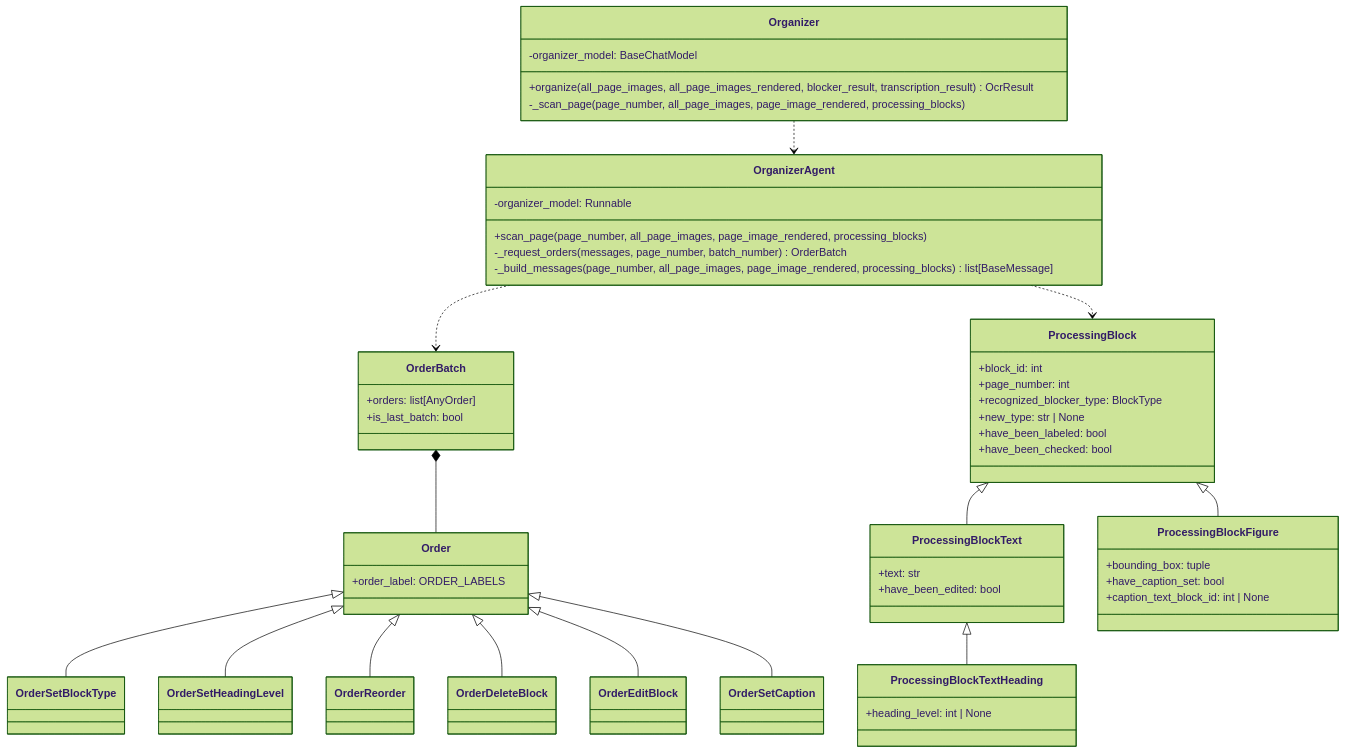
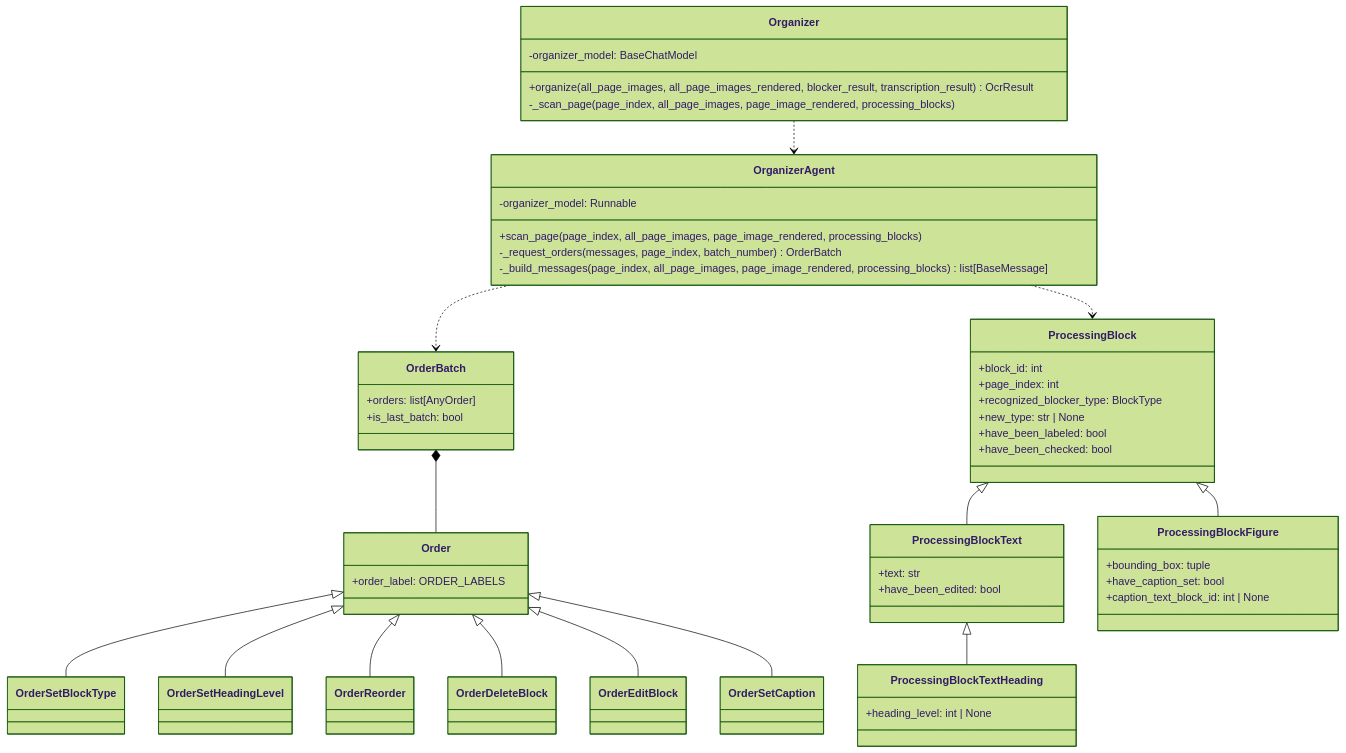
One commit to konbraphat51/SuperSuat changed the first of 2 diagrams in Uploader/OcrModule/Blocked/Docs/StructureOrganizer.ja.md. Above: the diagram before and after it, drawn with Mermaid (forest theme). The commit also changed other lines of this file and 19 other files, not shown here.

First line of the commit message:
refac: name every 0-indexed page variable page_index

````diff
--- a/Uploader/OcrModule/Blocked/Docs/StructureOrganizer.ja.md
+++ b/Uploader/OcrModule/Blocked/Docs/StructureOrganizer.ja.md
@@ -12,54 +12,54 @@
 ```mermaid
 classDiagram
     class Organizer {
         -organizer_model: BaseChatModel
         +organize(all_page_images, all_page_images_rendered, blocker_result, transcription_result) OcrResult
-        -_scan_page(page_number, all_page_images, page_image_rendered, processing_blocks)
+        -_scan_page(page_index, all_page_images, page_image_rendered, processing_blocks)
     }
     class OrganizerAgent {
         -organizer_model: Runnable
-        +scan_page(page_number, all_page_images, page_image_rendered, processing_blocks)
-        -_request_orders(messages, page_number, batch_number) OrderBatch
-        -_build_messages(page_number, all_page_images, page_image_rendered, processing_blocks) list[BaseMessage]
+        +scan_page(page_index, all_page_images, page_image_rendered, processing_blocks)
+        -_request_orders(messages, page_index, batch_number) OrderBatch
+        -_build_messages(page_index, all_page_images, page_image_rendered, processing_blocks) list[BaseMessage]
     }
     class OrderBatch {
         +orders: list[AnyOrder]
         +is_last_batch: bool
     }
     class Order {
         +order_label: ORDER_LABELS
     }
     class ProcessingBlock {
         +block_id: int
-        +page_number: int
+        +page_index: int
         +recognized_blocker_type: BlockType
         +new_type: str | None
         +have_been_labeled: bool
         +have_been_checked: bool
     }
     class ProcessingBlockText {
         +text: str
         +have_been_edited: bool
     }
     class ProcessingBlockTextHeading {
         +heading_level: int | None
     }
     class ProcessingBlockFigure {
         +bounding_box: tuple
         +have_caption_set: bool
         +caption_text_block_id: int | None
     }
     Organizer ..> OrganizerAgent
     OrganizerAgent ..> OrderBatch
     OrderBatch *-- Order
     Order <|-- OrderSetBlockType
     Order <|-- OrderSetHeadingLevel
     Order <|-- OrderReorder
     Order <|-- OrderDeleteBlock
     Order <|-- OrderEditBlock
     Order <|-- OrderSetCaption
     ProcessingBlock <|-- ProcessingBlockText
     ProcessingBlock <|-- ProcessingBlockFigure
     ProcessingBlockText <|-- ProcessingBlockTextHeading
     OrganizerAgent ..> ProcessingBlock
 ```
````
